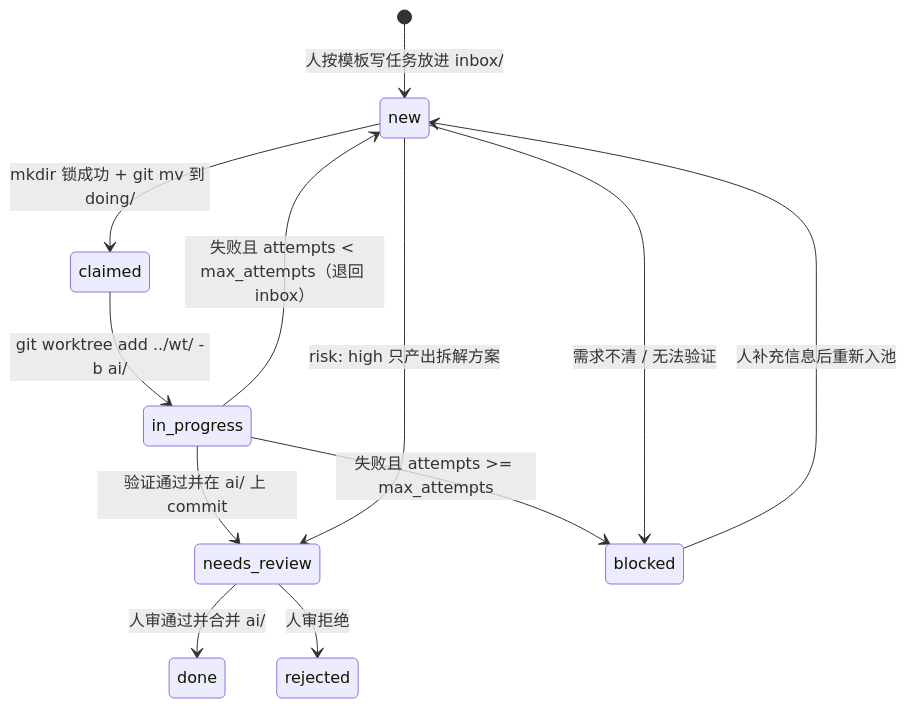
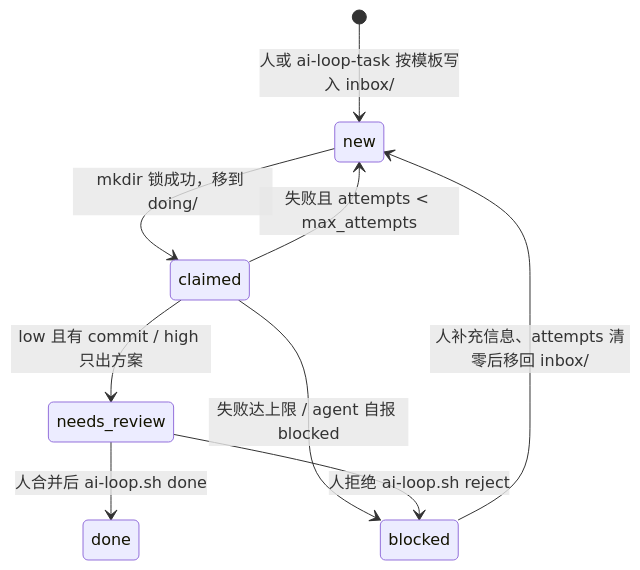
Before and after one commit to wangbin3162/ai-workflow: the first of 2 diagrams in docs/ARCHITECTURE.md, drawn with Mermaid. The commit also changed other lines of this file and 31 other files, not shown here.

````diff
--- a/docs/ARCHITECTURE.md
+++ b/docs/ARCHITECTURE.md
@@ -46,14 +49,11 @@
 ```mermaid
 stateDiagram-v2
-    [*] --> new: 人按模板写任务放进 inbox/
-    new --> claimed: mkdir 锁成功 + git mv 到 doing/
-    claimed --> in_progress: git worktree add ../wt/<id> -b ai/<id>
-    in_progress --> needs_review: 验证通过并在 ai/<id> 上 commit
-    in_progress --> new: 失败且 attempts < max_attempts（退回 inbox）
-    in_progress --> blocked: 失败且 attempts >= max_attempts
-    new --> blocked: 需求不清 / 无法验证
-    new --> needs_review: risk: high 只产出拆解方案
-    needs_review --> done: 人审通过并合并 ai/<id>
-    needs_review --> rejected: 人审拒绝
-    blocked --> new: 人补充信息后重新入池
+    [*] --> new: 人或 ai-loop-task 按模板写入 inbox/
+    new --> claimed: mkdir 锁成功，移到 doing/
+    claimed --> needs_review: low 且有 commit / high 只出方案
+    claimed --> new: 失败且 attempts < max_attempts
+    claimed --> blocked: 失败达上限 / agent 自报 blocked
+    needs_review --> done: 人合并后 ai-loop.sh done
+    needs_review --> blocked: 人拒绝 ai-loop.sh reject
+    blocked --> new: 人补充信息、attempts 清零后移回 inbox/
 ```
````
